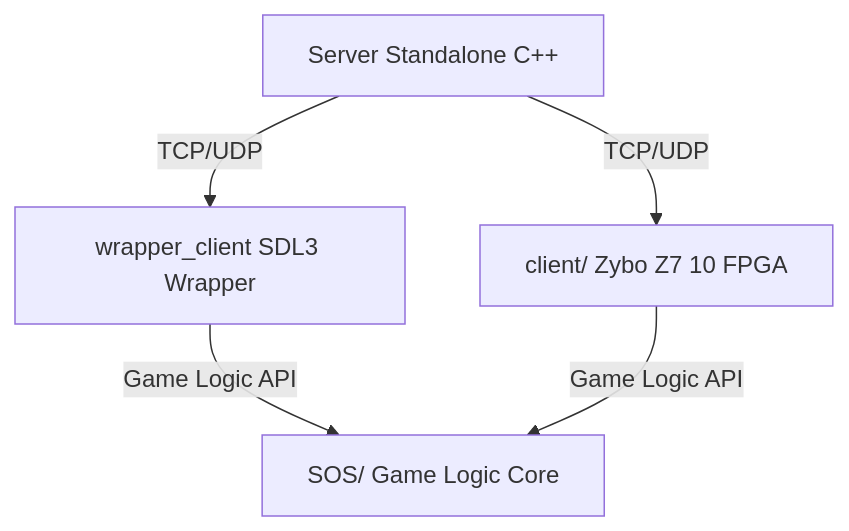
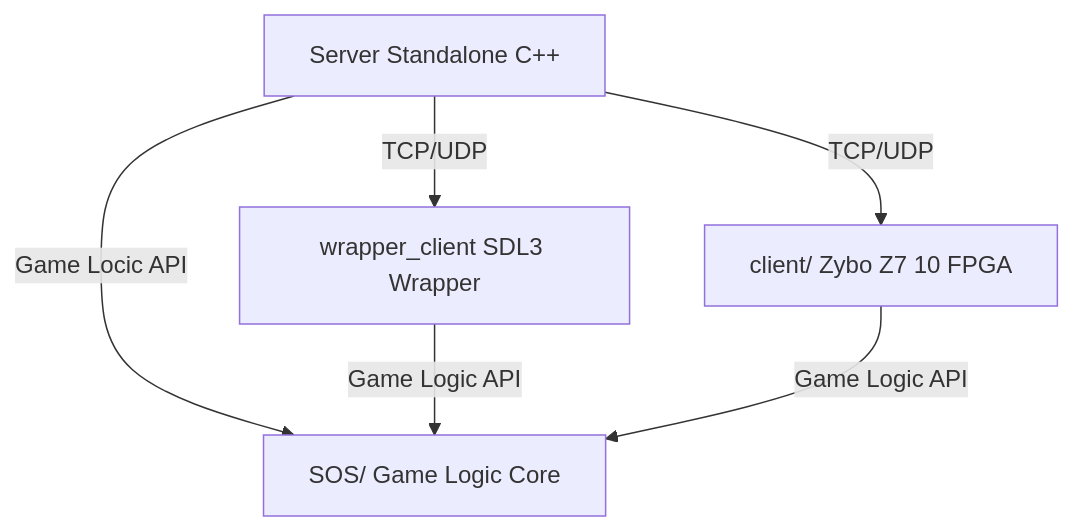
Before and after one commit to dinordi/SagaOfSacrifice2: the diagram in docs/SYSTEM_OVERVIEW.md, drawn with Mermaid.

````diff
--- a/docs/SYSTEM_OVERVIEW.md
+++ b/docs/SYSTEM_OVERVIEW.md
@@ -3,12 +3,13 @@
 ```mermaid
 flowchart TD
     SERVER -->|TCP/UDP| WRAPPER_CLIENT
     SERVER -->|TCP/UDP| ZYBO_CLIENT
+    SERVER -->|Game Locic API| GAME_CORE
     WRAPPER_CLIENT -->|Game Logic API| GAME_CORE
     ZYBO_CLIENT -->|Game Logic API| GAME_CORE
 
     SERVER[Server Standalone C++]
     WRAPPER_CLIENT[wrapper_client SDL3 Wrapper]
     ZYBO_CLIENT[client/ Zybo Z7 10 FPGA]
     GAME_CORE[SOS/ Game Logic Core]
 ```
````
